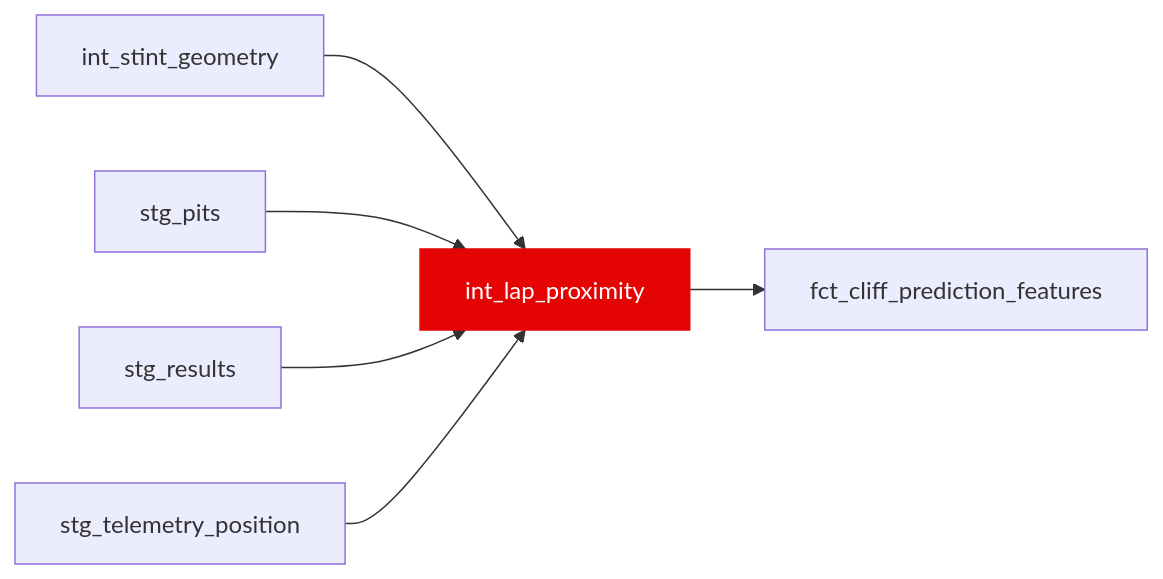
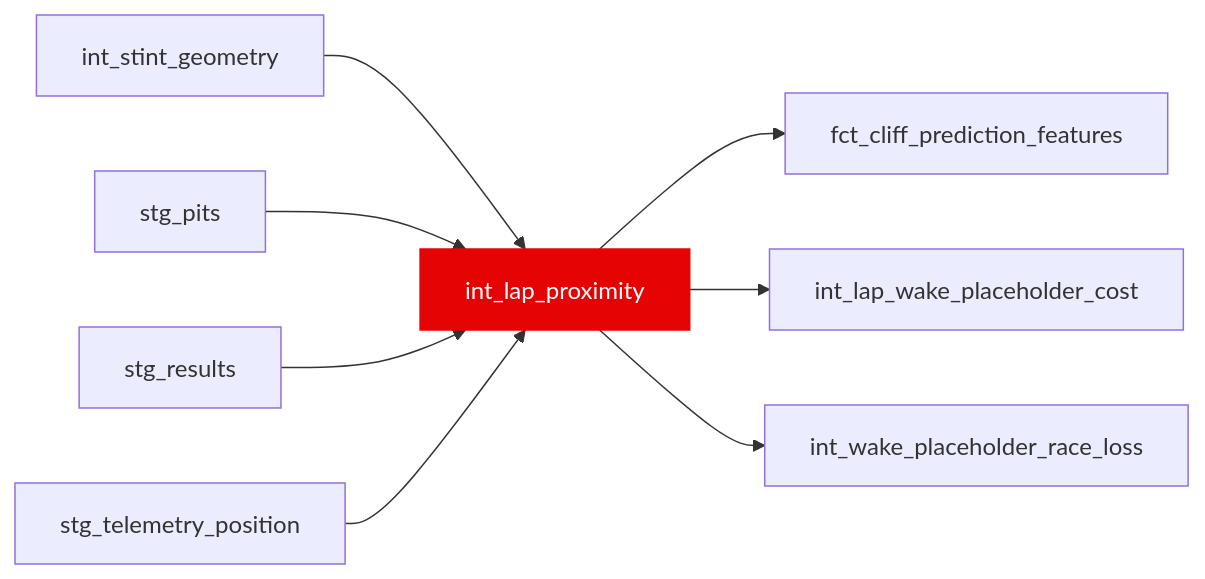
One commit to JustinClarke/off-the-pace changed the diagram in docs/reference/models/int/int_lap_proximity.mdx. Above: the diagram before and after it, drawn with Mermaid. The commit also changed other lines of this file and 52 other files, not shown here.

````diff
--- a/docs/reference/models/int/int_lap_proximity.mdx
+++ b/docs/reference/models/int/int_lap_proximity.mdx
@@ -18,9 +18,11 @@
 ```mermaid
 flowchart LR
   int_stint_geometry --> int_lap_proximity
   stg_pits --> int_lap_proximity
   stg_results --> int_lap_proximity
   stg_telemetry_position --> int_lap_proximity
   int_lap_proximity --> fct_cliff_prediction_features
+  int_lap_proximity --> int_lap_wake_placeholder_cost
+  int_lap_proximity --> int_wake_placeholder_race_loss
   style int_lap_proximity fill:#e40404,stroke:#e40404,color:#fff
 ```
````
